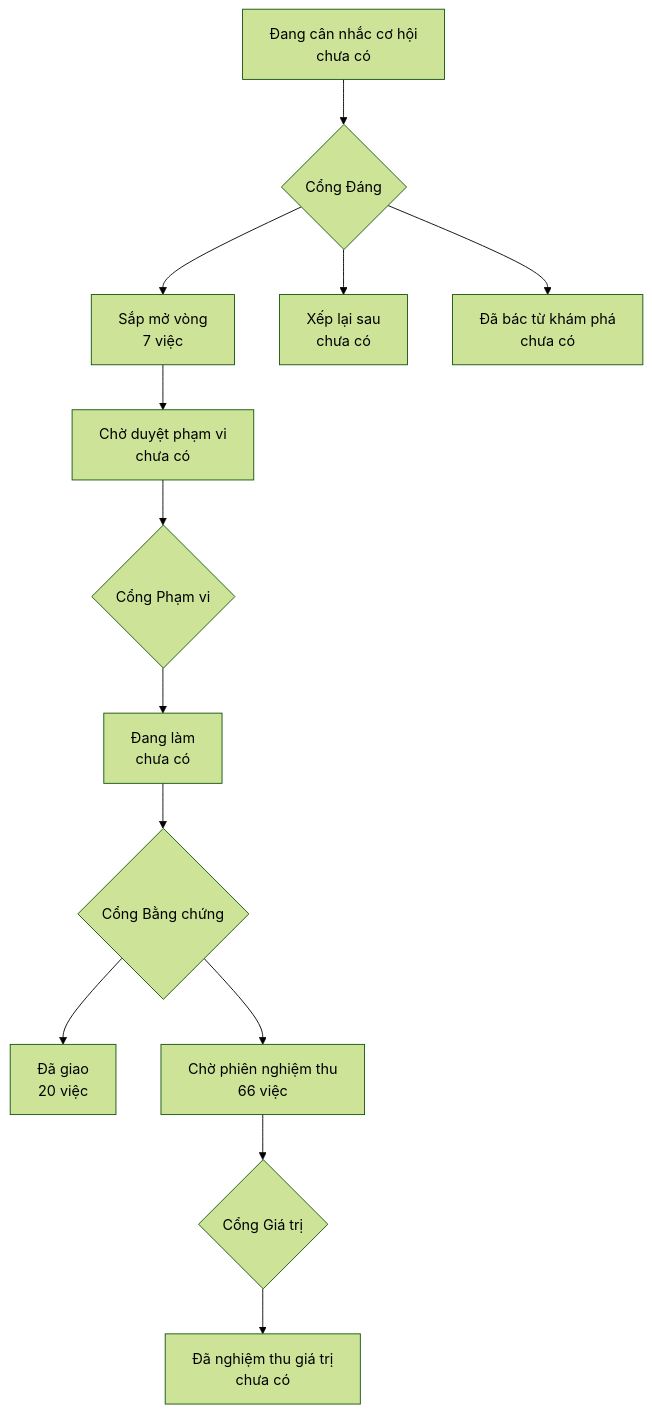
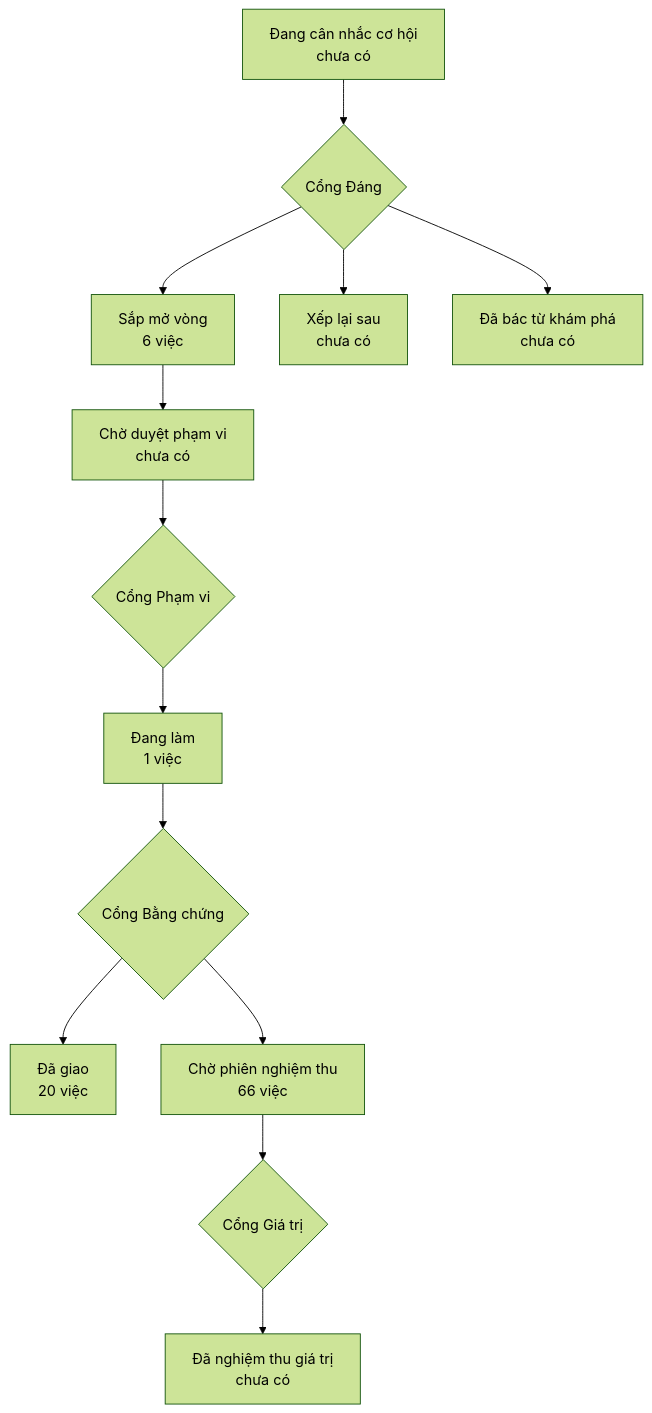
The diagram in PRODUCT-MAP.md (phanlemanh/onehub-quy-hang), drawn with Mermaid (forest theme) before and after one commit. The commit also changed other lines of this file and 3 other files, not shown here.

````diff
--- a/PRODUCT-MAP.md
+++ b/PRODUCT-MAP.md
@@ -7,12 +7,12 @@
 ```mermaid
 flowchart TD
   A["Đang cân nhắc cơ hội<br/>chưa có"] --> GD{"Cổng Đáng"}
-  GD --> B["Sắp mở vòng<br/>7 việc"]
+  GD --> B["Sắp mở vòng<br/>6 việc"]
   GD --> XL["Xếp lại sau<br/>chưa có"]
   GD --> DB["Đã bác từ khám phá<br/>chưa có"]
   B --> CD["Chờ duyệt phạm vi<br/>chưa có"] --> GP{"Cổng Phạm vi"}
-  GP --> DL["Đang làm<br/>chưa có"] --> GB{"Cổng Bằng chứng"}
+  GP --> DL["Đang làm<br/>1 việc"] --> GB{"Cổng Bằng chứng"}
   GB --> DG["Đã giao<br/>20 việc"]
   GB --> CN["Chờ phiên nghiệm thu<br/>66 việc"] --> GG{"Cổng Giá trị"}
   GG --> NT["Đã nghiệm thu giá trị<br/>chưa có"]
 ```
````
